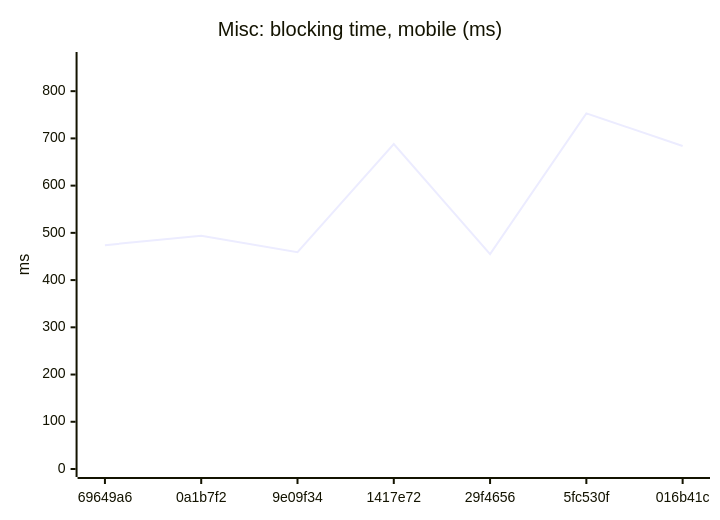
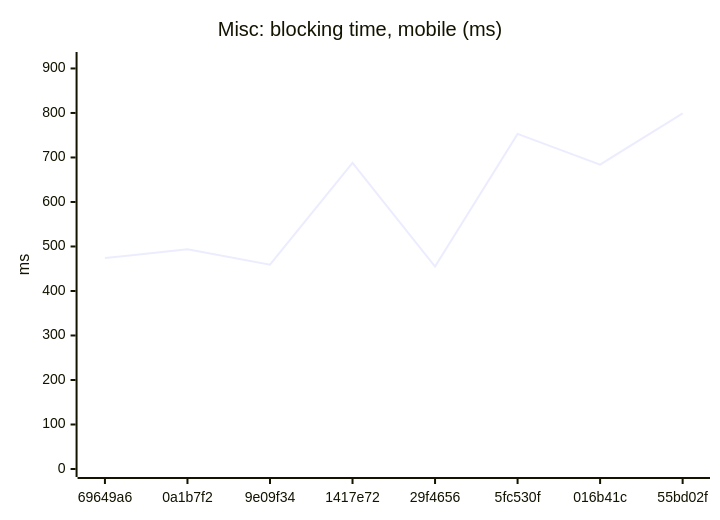
Before and after one commit to AxelUser/maltsev.space: the eighth of 18 diagrams in README.md, drawn with Mermaid. The commit also changed other lines of this file and 1 other file, not shown here.

````diff
--- a/README.md
+++ b/README.md
@@ -97,7 +97,7 @@
 ```mermaid
 xychart-beta
   title "Misc: blocking time, mobile (ms)"
-  x-axis ["69649a6", "0a1b7f2", "9e09f34", "1417e72", "29f4656", "5fc530f", "016b41c"]
-  y-axis "ms" 0 --> 866
-  line [474, 494, 459, 688, 455, 753, 684]
+  x-axis ["69649a6", "0a1b7f2", "9e09f34", "1417e72", "29f4656", "5fc530f", "016b41c", "55bd02f"]
+  y-axis "ms" 0 --> 919
+  line [474, 494, 459, 688, 455, 753, 684, 799]
 ```
````
